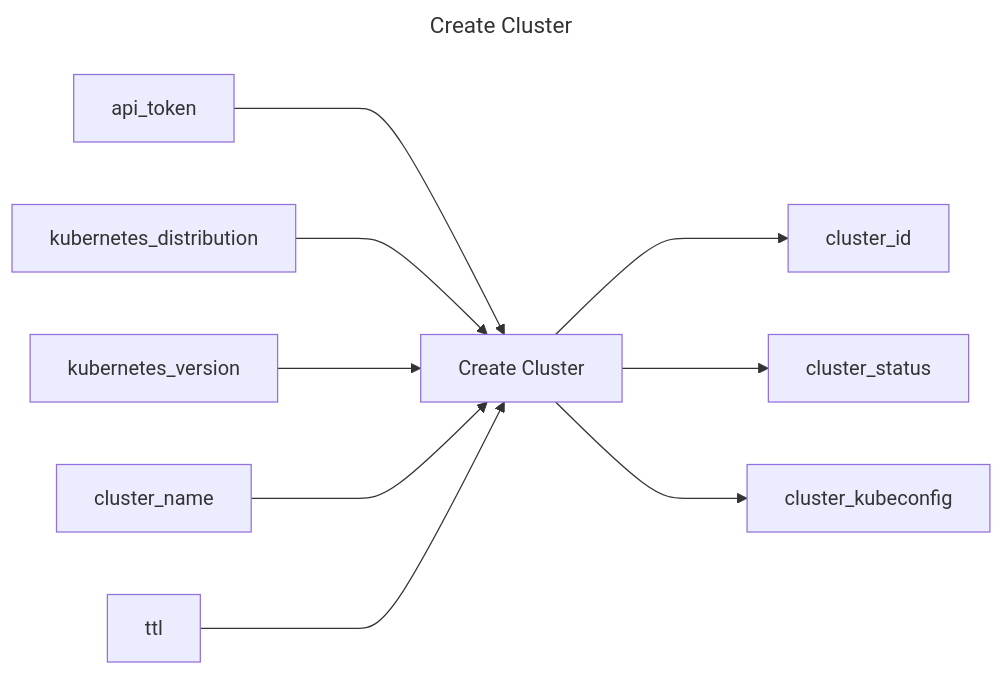
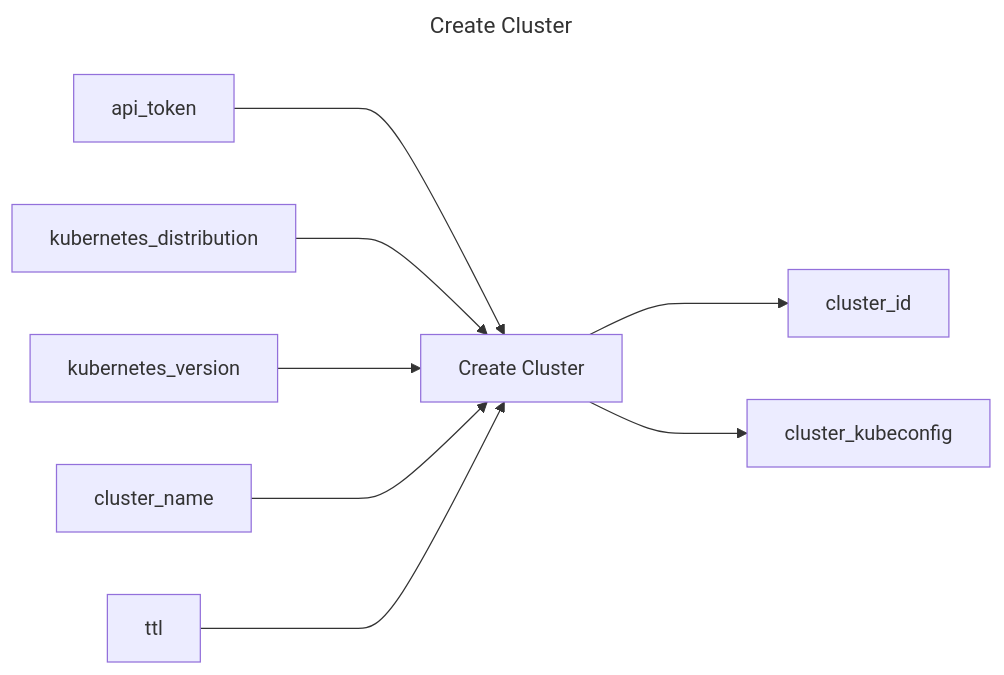
The diagram in create-cluster/README.md (replicatedhq/replicated-actions), drawn with Mermaid before and after one commit. The commit also changed other lines of this file and 4 other files, not shown here.

Commit message:
Removing output cluster-status

````diff
--- a/create-cluster/README.md
+++ b/create-cluster/README.md
@@ -3,15 +3,14 @@
 ```mermaid
 ---
 title: Create Cluster
 ---
 graph LR
 create_cluster["Create Cluster"]
 api_token ---> create_cluster
 kubernetes_distribution ---> create_cluster
 kubernetes_version ---> create_cluster
 cluster_name ---> create_cluster
 ttl ---> create_cluster
 create_cluster ---> cluster_id
-create_cluster ---> cluster_status
 create_cluster ---> cluster_kubeconfig
 ```
````
